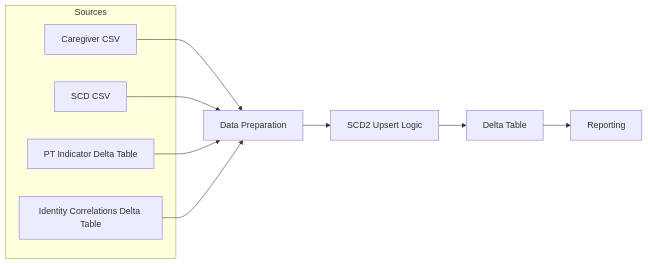
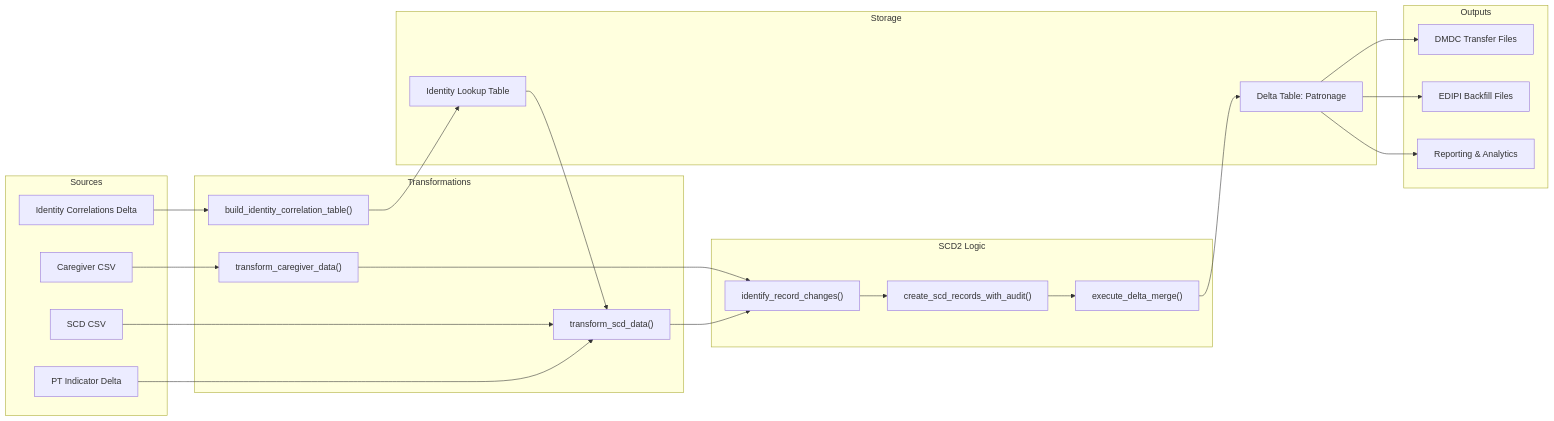
The fourth of 7 diagrams in README.md (BhaveshVA/Patronage), drawn with Mermaid before and after one commit. The commit also changed other lines of this file, not shown here.

First line of the commit message:
Revise README for architecture and processing updates

````diff
--- a/README.md
+++ b/README.md
@@ -80,16 +136,50 @@
 ```mermaid
 flowchart LR
-    subgraph Sources
-        A1[Caregiver CSV]
-        A2[SCD CSV]
-        A3[PT Indicator Delta Table]
-        A4[Identity Correlations Delta Table]
+    subgraph Sources["Sources"]
+        A1["Caregiver CSV"]
+        A2["SCD CSV"]
+        A3["PT Indicator Delta"]
+        A4["Identity Correlations Delta"]
     end
-    A1 --> B[Data Preparation]
-    A2 --> B
-    A3 --> B
-    A4 --> B
-    B --> C[SCD2 Upsert Logic]
-    C --> D[Delta Table]
-    D --> E[Reporting]
+    
+    subgraph Transform["Transformations"]
+        B1["transform_caregiver_data()"]
+        B2["transform_scd_data()"]
+        B3["build_identity_correlation_table()"]
+    end
+    
+    subgraph Merge["SCD2 Logic"]
+        C1["identify_record_changes()"]
+        C2["create_scd_records_with_audit()"]
+        C3["execute_delta_merge()"]
+    end
+    
+    subgraph Storage["Storage"]
+        D1["Delta Table: Patronage"]
+        D2["Identity Lookup Table"]
+    end
+    
+    subgraph Output["Outputs"]
+        E1["DMDC Transfer Files"]
+        E2["EDIPI Backfill Files"]
+        E3["Reporting & Analytics"]
+    end
+    
+    A1 --> B1
+    A2 --> B2
+    A3 --> B2
+    A4 --> B3
+    
+    B1 --> C1
+    B2 --> C1
+    B3 --> D2
+    D2 --> B2
+    
+    C1 --> C2
+    C2 --> C3
+    C3 --> D1
+    
+    D1 --> E1
+    D1 --> E2
+    D1 --> E3
 ```
````
